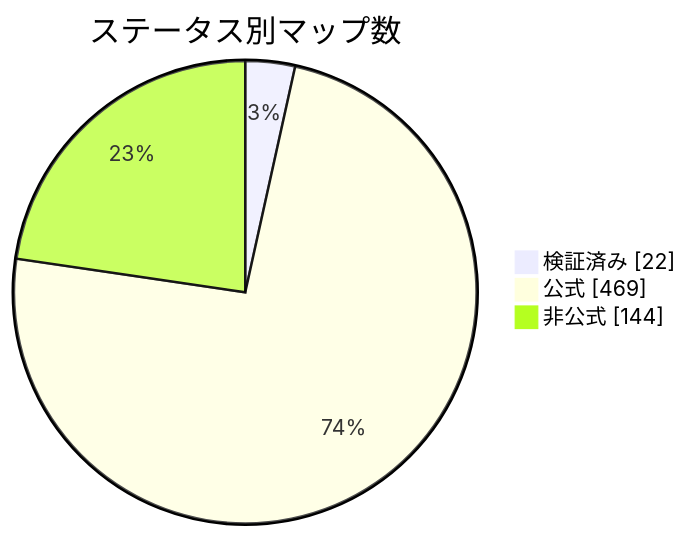
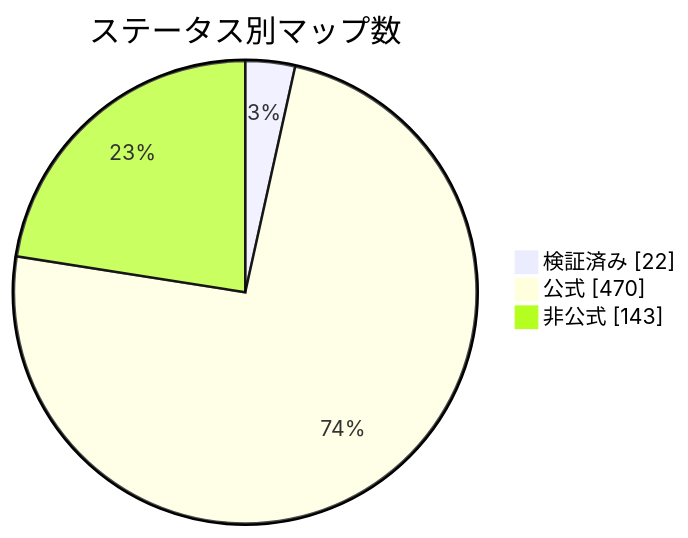
The diagram in docs/readme/README_JP.md (nobrega8/mbmap-library), drawn with Mermaid before and after one commit. The commit also changed 6 other files, not shown here.

````diff
--- a/docs/readme/README_JP.md
+++ b/docs/readme/README_JP.md
@@ -54,7 +54,7 @@
 ```mermaid
 pie showData
     title ステータス別マップ数
     "検証済み" : 22
-    "公式" : 469
-    "非公式" : 144
+    "公式" : 470
+    "非公式" : 143
 ```
````
